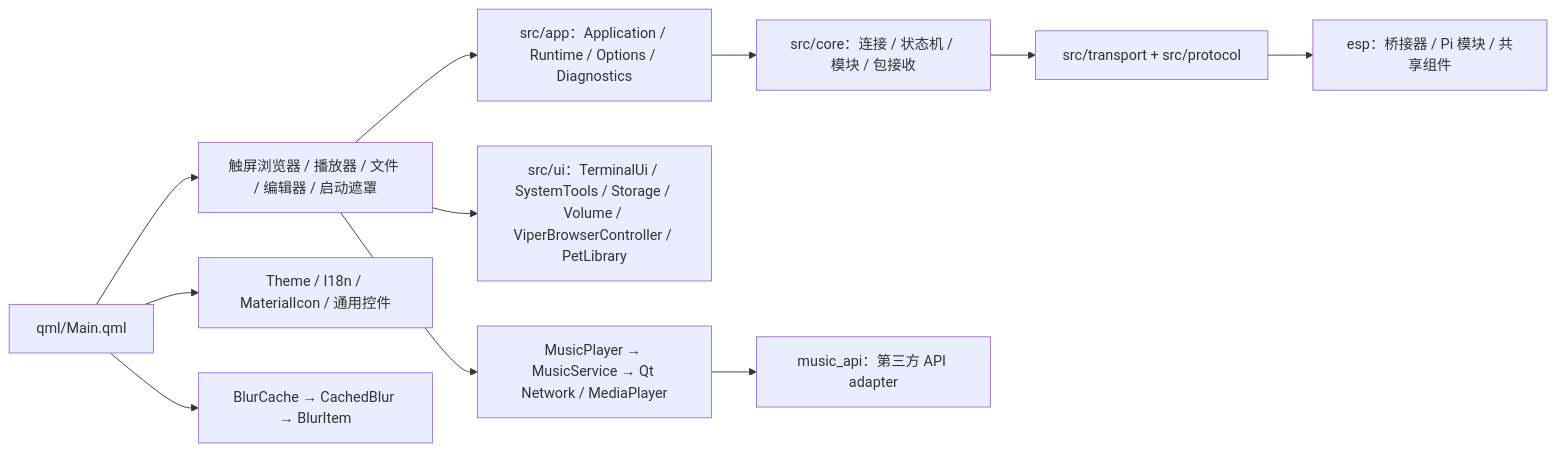
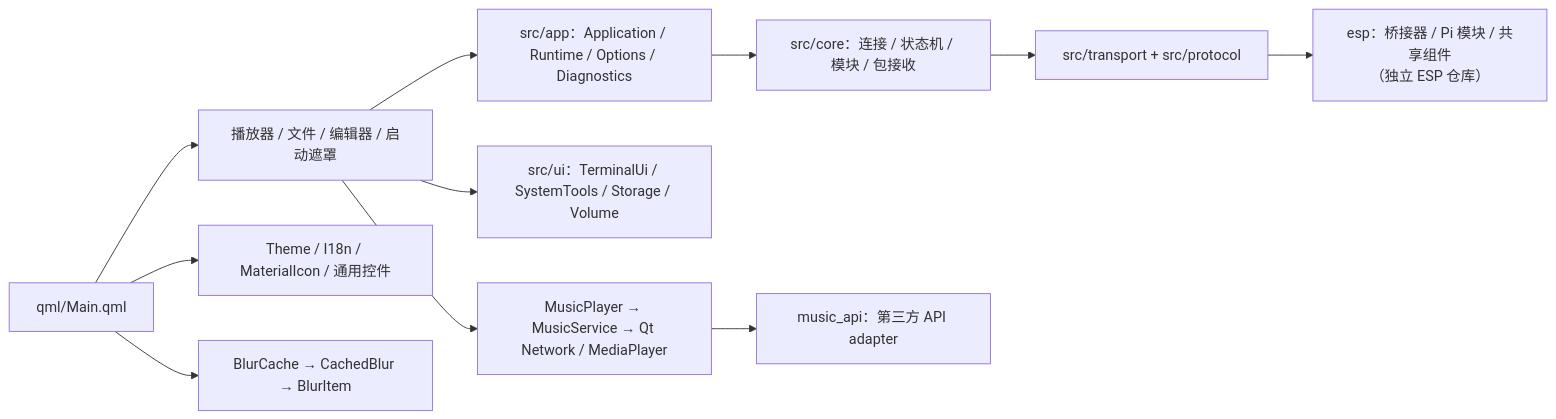
Before and after one commit to 2644573550-code/Multi-Function-ESP32-Pi-Terminal-z: the second of 2 diagrams in docs/project-code-map.md, drawn with Mermaid. The commit also changed other lines of this file and 10 other files, not shown here.

````diff
--- a/docs/project-code-map.md
+++ b/docs/project-code-map.md
@@ -30,13 +32,13 @@
 ```mermaid
 flowchart LR
-    Main[qml/Main.qml] --> Pages[触屏浏览器 / 播放器 / 文件 / 编辑器 / 启动遮罩]
+    Main[qml/Main.qml] --> Pages[播放器 / 文件 / 编辑器 / 启动遮罩]
     Main --> SharedQml[Theme / I18n / MaterialIcon / 通用控件]
     Main --> Blur[BlurCache → CachedBlur → BlurItem]
     Pages --> AppCpp[src/app：Application / Runtime / Options / Diagnostics]
-    Pages --> UiCpp[src/ui：TerminalUi / SystemTools / Storage / Volume / ViperBrowserController / PetLibrary]
+    Pages --> UiCpp[src/ui：TerminalUi / SystemTools / Storage / Volume]
     Pages --> MusicCpp[MusicPlayer → MusicService → Qt Network / MediaPlayer]
     AppCpp --> CoreCpp[src/core：连接 / 状态机 / 模块 / 包接收]
     CoreCpp --> Wire[src/transport + src/protocol]
-    Wire --> Esp[esp：桥接器 / Pi 模块 / 共享组件]
+    Wire --> Esp[esp：桥接器 / Pi 模块 / 共享组件<br/>（独立 ESP 仓库）]
     MusicCpp --> Node[music_api：第三方 API adapter]
 ```
````
